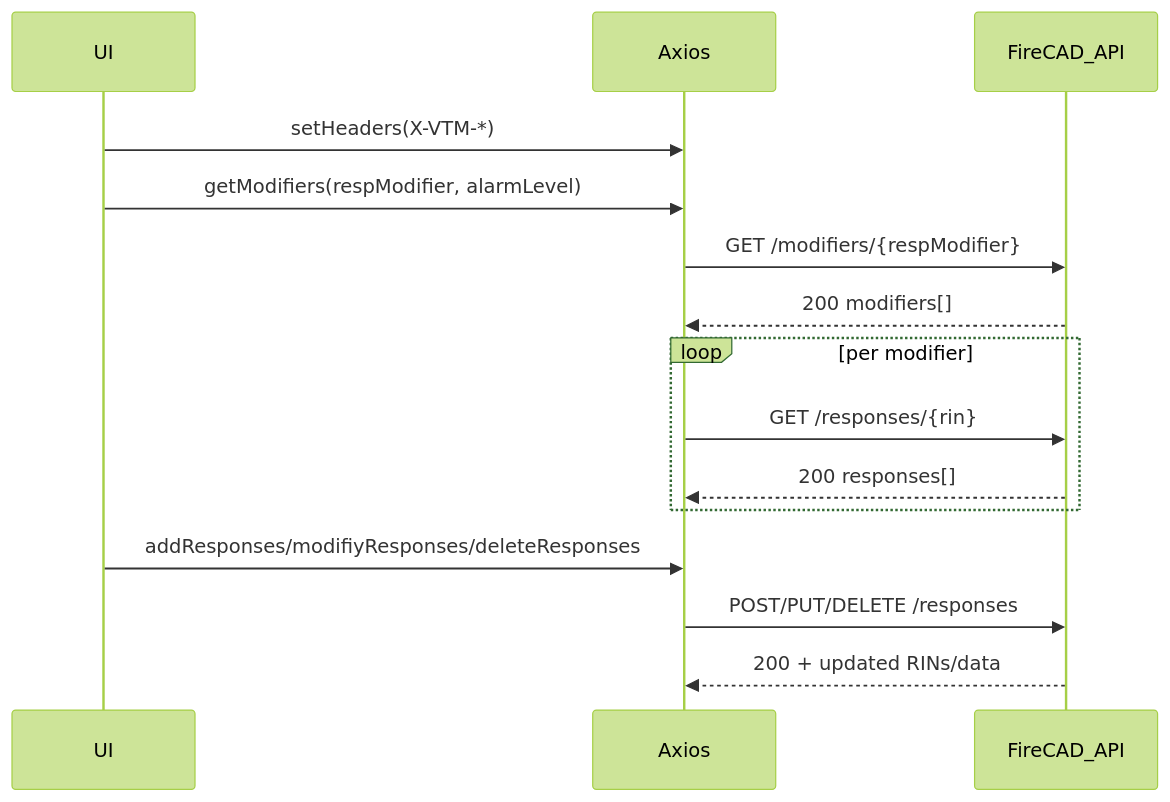
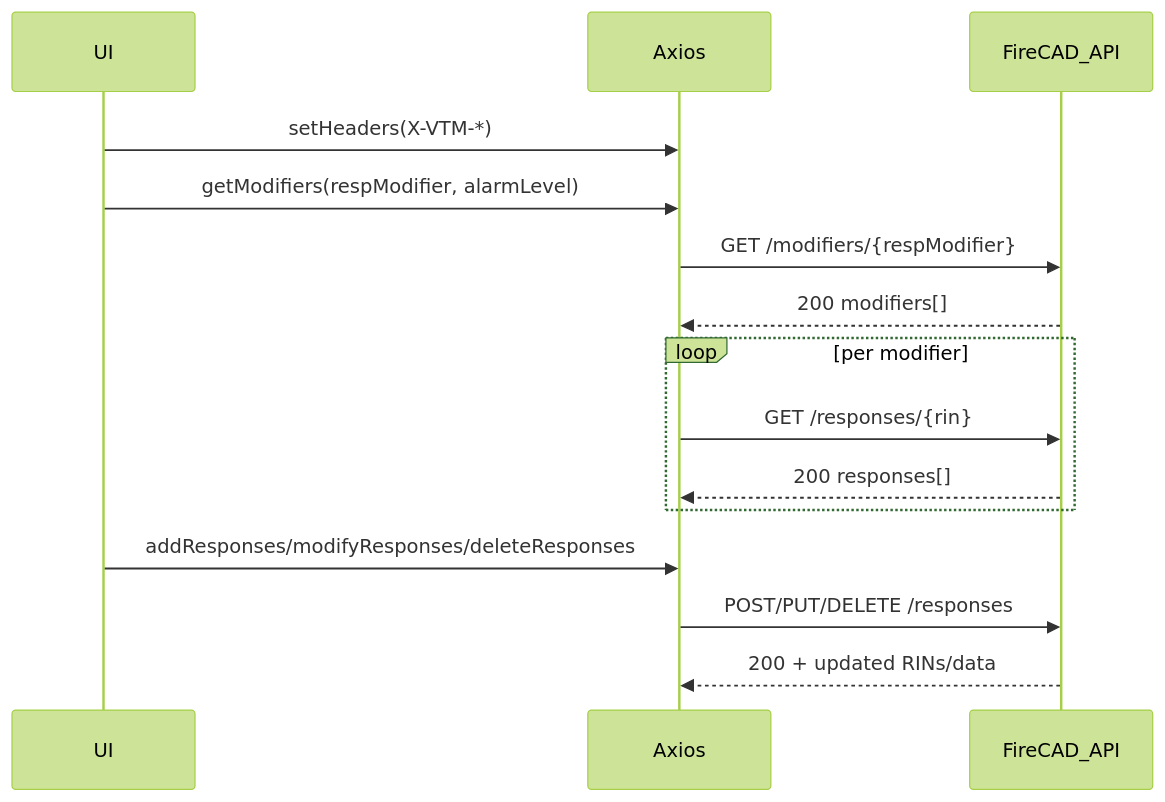
One commit to sramesh08/learning-linux-command-line-3005201 changed the seventh of 7 diagrams in docs/cad-communications.md. Above: the diagram before and after it, drawn with Mermaid (forest theme). The commit also changed other lines of this file and 1 other file, not shown here.

Commit message:
Fix spelling errors in CAD Communications Guide

````diff
--- a/docs/cad-communications.md
+++ b/docs/cad-communications.md
@@ -251,17 +251,17 @@
 ```mermaid
 sequenceDiagram
 participant UI
 participant Axios
 participant FireCAD_API
 UI->>Axios: setHeaders(X-VTM-*)
 UI->>Axios: getModifiers(respModifier, alarmLevel)
 Axios->>FireCAD_API: GET /modifiers/{respModifier}
 FireCAD_API-->>Axios: 200 modifiers[]
 loop per modifier
   Axios->>FireCAD_API: GET /responses/{rin}
   FireCAD_API-->>Axios: 200 responses[]
 end
-UI->>Axios: addResponses/modifiyResponses/deleteResponses
+UI->>Axios: addResponses/modifyResponses/deleteResponses
 Axios->>FireCAD_API: POST/PUT/DELETE /responses
 FireCAD_API-->>Axios: 200 + updated RINs/data
 ```
````
